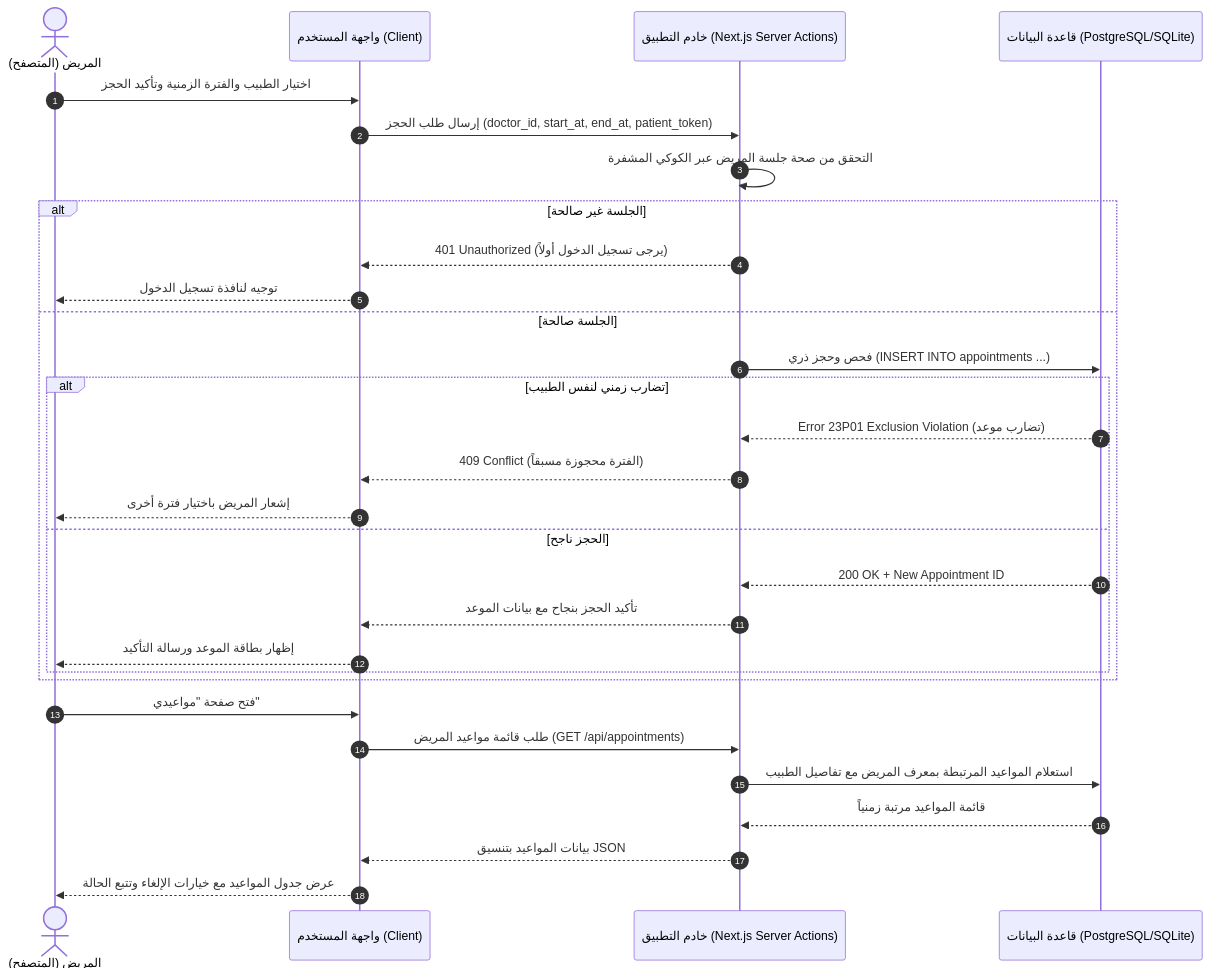
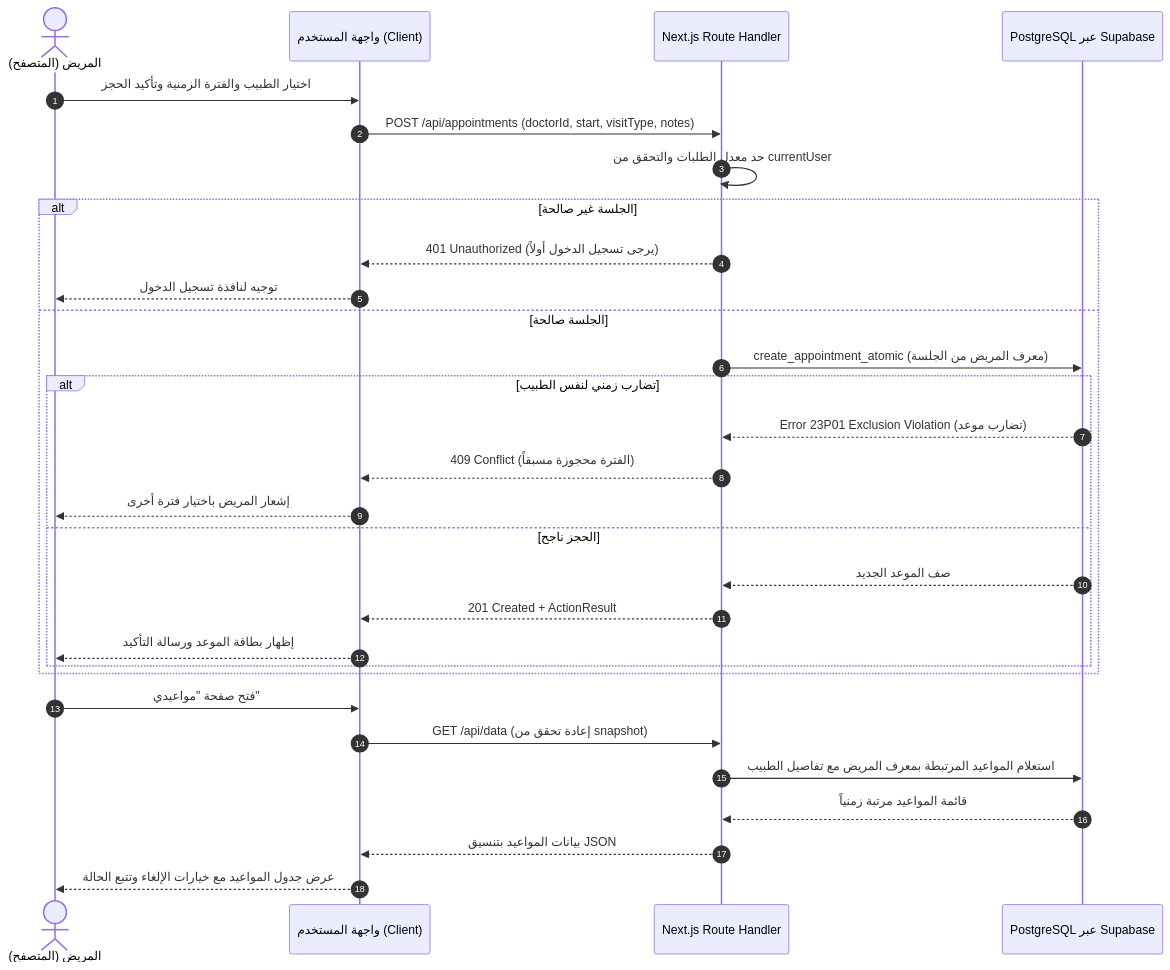
The fifth of 5 diagrams in docs/ACADEMIC_REPORT.md (amrolela100-sketch/clinicbook), drawn with Mermaid before and after one commit. The commit also changed other lines of this file and 12 other files, not shown here.

````diff
--- a/docs/ACADEMIC_REPORT.md
+++ b/docs/ACADEMIC_REPORT.md
@@ -426,34 +396,34 @@
 ```mermaid
 sequenceDiagram
     autonumber
     actor Patient as المريض (المتصفح)
     participant UI as واجهة المستخدم (Client)
-    participant Server as خادم التطبيق (Next.js Server Actions)
-    participant DB as قاعدة البيانات (PostgreSQL/SQLite)
+    participant Server as Next.js Route Handler
+    participant DB as PostgreSQL عبر Supabase
 
     Patient->>UI: اختيار الطبيب والفترة الزمنية وتأكيد الحجز
-    UI->>Server: إرسال طلب الحجز (doctor_id, start_at, end_at, patient_token)
-    Server->>Server: التحقق من صحة جلسة المريض عبر الكوكي المشفرة
+    UI->>Server: POST /api/appointments (doctorId, start, visitType, notes)
+    Server->>Server: حد معدل الطلبات والتحقق من currentUser
     alt الجلسة غير صالحة
         Server-->>UI: 401 Unauthorized (يرجى تسجيل الدخول أولاً)
         UI-->>Patient: توجيه لنافذة تسجيل الدخول
     else الجلسة صالحة
-        Server->>DB: فحص وحجز ذري (INSERT INTO appointments ...)
+        Server->>DB: create_appointment_atomic (معرف المريض من الجلسة)
         alt تضارب زمني لنفس الطبيب
             DB-->>Server: Error 23P01 Exclusion Violation (تضارب موعد)
             Server-->>UI: 409 Conflict (الفترة محجوزة مسبقاً)
             UI-->>Patient: إشعار المريض باختيار فترة أخرى
         else الحجز ناجح
-            DB-->>Server: 200 OK + New Appointment ID
-            Server-->>UI: تأكيد الحجز بنجاح مع بيانات الموعد
+            DB-->>Server: صف الموعد الجديد
+            Server-->>UI: 201 Created + ActionResult
             UI-->>Patient: إظهار بطاقة الموعد ورسالة التأكيد
         end
     end
 
     Patient->>UI: فتح صفحة "مواعيدي"
-    UI->>Server: طلب قائمة مواعيد المريض (GET /api/appointments)
+    UI->>Server: GET /api/data (إعادة تحقق من snapshot)
     Server->>DB: استعلام المواعيد المرتبطة بمعرف المريض مع تفاصيل الطبيب
     DB-->>Server: قائمة المواعيد مرتبة زمنياً
     Server-->>UI: بيانات المواعيد بتنسيق JSON
     UI-->>Patient: عرض جدول المواعيد مع خيارات الإلغاء وتتبع الحالة
 ```
````
